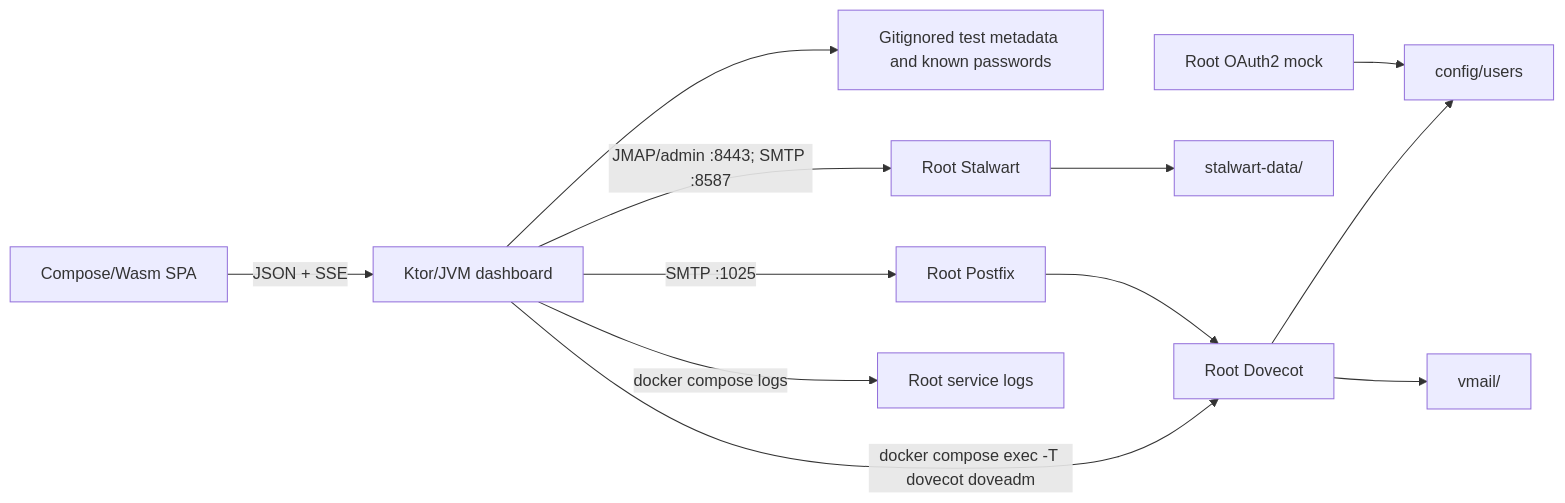
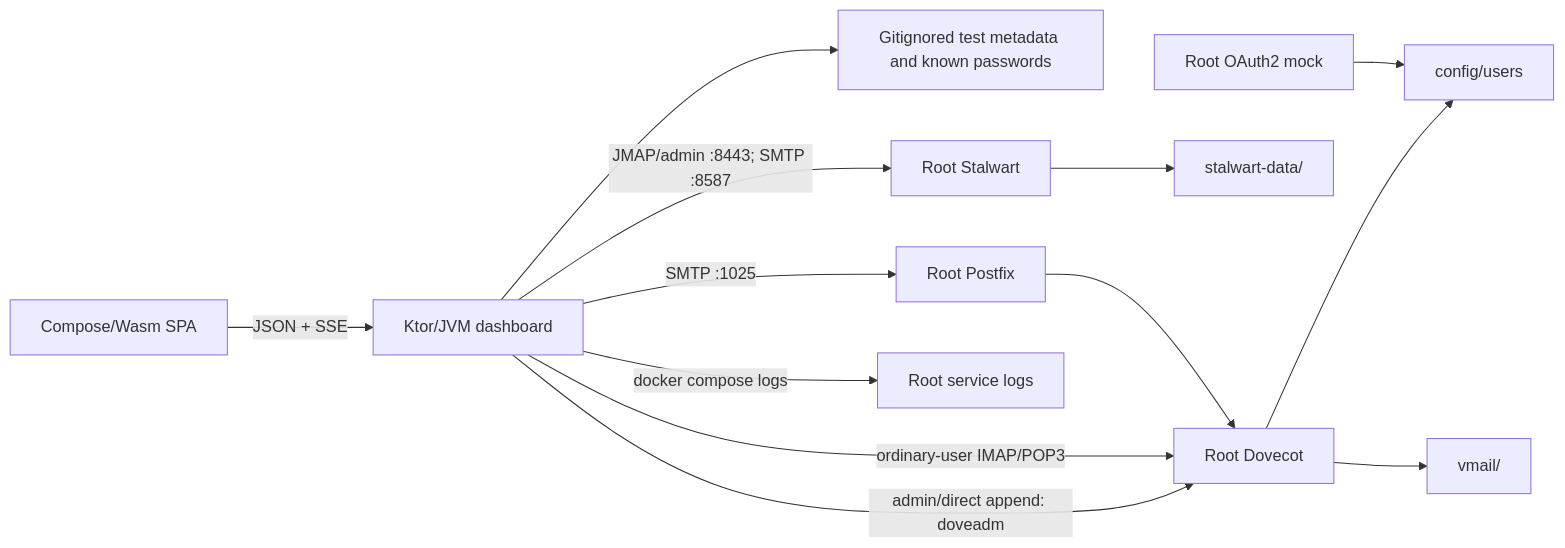
One commit to rafaeltonholo/imap-testing-server changed the diagram in docs/superpowers/specs/2026-08-10-debug-dashboard-single-stack-design.md. Above: the diagram before and after it, drawn with Mermaid. The commit also changed other lines of this file, not shown here.

````diff
--- a/docs/superpowers/specs/2026-08-10-debug-dashboard-single-stack-design.md
+++ b/docs/superpowers/specs/2026-08-10-debug-dashboard-single-stack-design.md
@@ -67,14 +68,15 @@
 ```mermaid
 flowchart LR
     Browser["Compose/Wasm SPA"] -->|"JSON + SSE"| Server["Ktor/JVM dashboard"]
     Server --> Catalog["Gitignored test metadata and known passwords"]
-    Server -->|"docker compose exec -T dovecot doveadm"| Dovecot["Root Dovecot"]
+    Server -->|"admin/direct append: doveadm"| Dovecot["Root Dovecot"]
+    Server -->|"ordinary-user IMAP/POP3"| Dovecot
     Server -->|"SMTP :1025"| Postfix["Root Postfix"]
     Server -->|"JMAP/admin :8443; SMTP :8587"| Stalwart["Root Stalwart"]
     Server -->|"docker compose logs"| Logs["Root service logs"]
     Dovecot --> Users["config/users"]
     Dovecot --> Vmail["vmail/"]
     Postfix --> Dovecot
     Stalwart --> Store["stalwart-data/"]
     OAuth["Root OAuth2 mock"] --> Users
 ```
````
